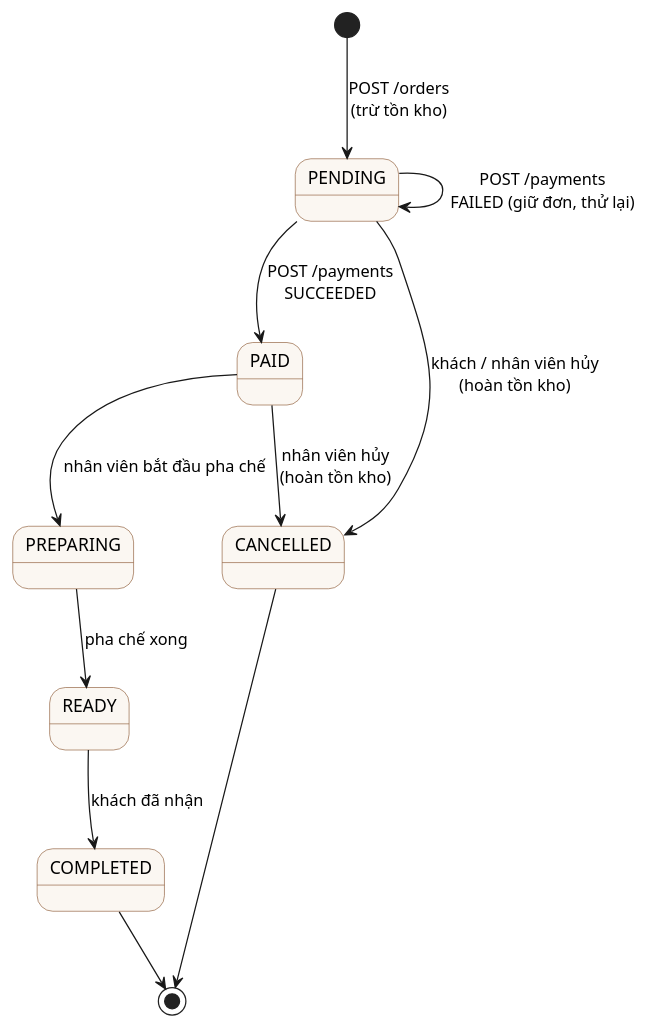
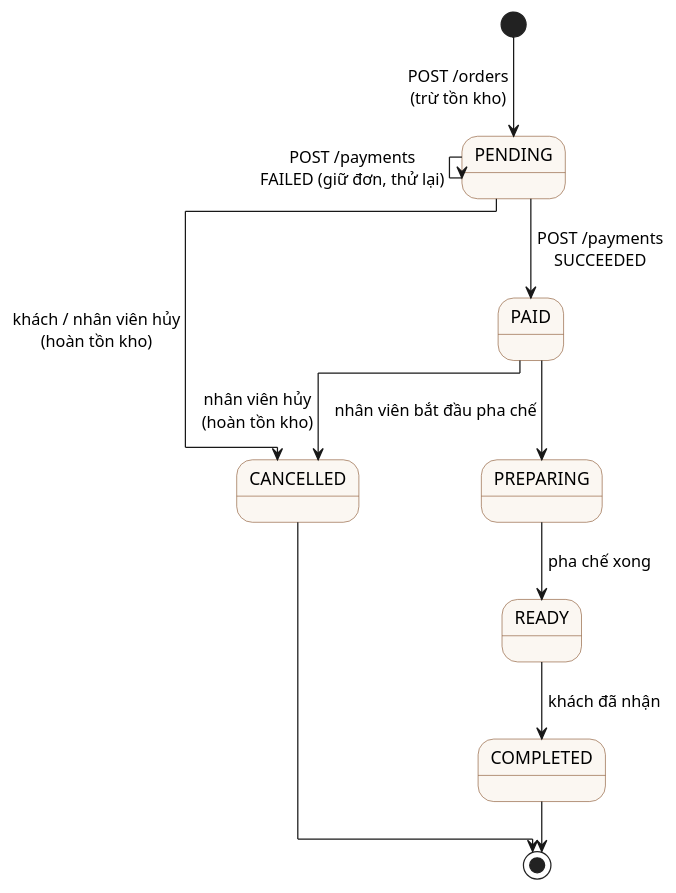
One commit to LHTCoder/brewlite changed the diagram in docs/diagrams/order-state-machine.puml. Above: the diagram before and after it, drawn with PlantUML. The commit also changed 23 other files, not shown here.

First line of the commit message:
docs: chỉnh sửa sơ đồ và đánh số use-case theo góp ý của nhóm

```diff
--- a/docs/diagrams/order-state-machine.puml
+++ b/docs/diagrams/order-state-machine.puml
@@ -1,17 +1,19 @@
 @startuml order-state-machine
 ' Máy trạng thái đơn hàng – bổ trợ cho class diagram (enum OrderStatus) và FR-13
+' Bố cục ELK: đường nối thẳng, vuông góc theo góp ý của nhóm
+!pragma layout elk
 skinparam state {
   BackgroundColor #FBF7F2
   BorderColor #8A5733
 }
 [*] --> PENDING : POST /orders\n(trừ tồn kho)
 PENDING --> PAID : POST /payments\nSUCCEEDED
 PENDING --> PENDING : POST /payments\nFAILED (giữ đơn, thử lại)
 PENDING --> CANCELLED : khách / nhân viên hủy\n(hoàn tồn kho)
 PAID --> PREPARING : nhân viên bắt đầu pha chế
 PAID --> CANCELLED : nhân viên hủy\n(hoàn tồn kho)
 PREPARING --> READY : pha chế xong
 READY --> COMPLETED : khách đã nhận
 COMPLETED --> [*]
 CANCELLED --> [*]
 @enduml
```
